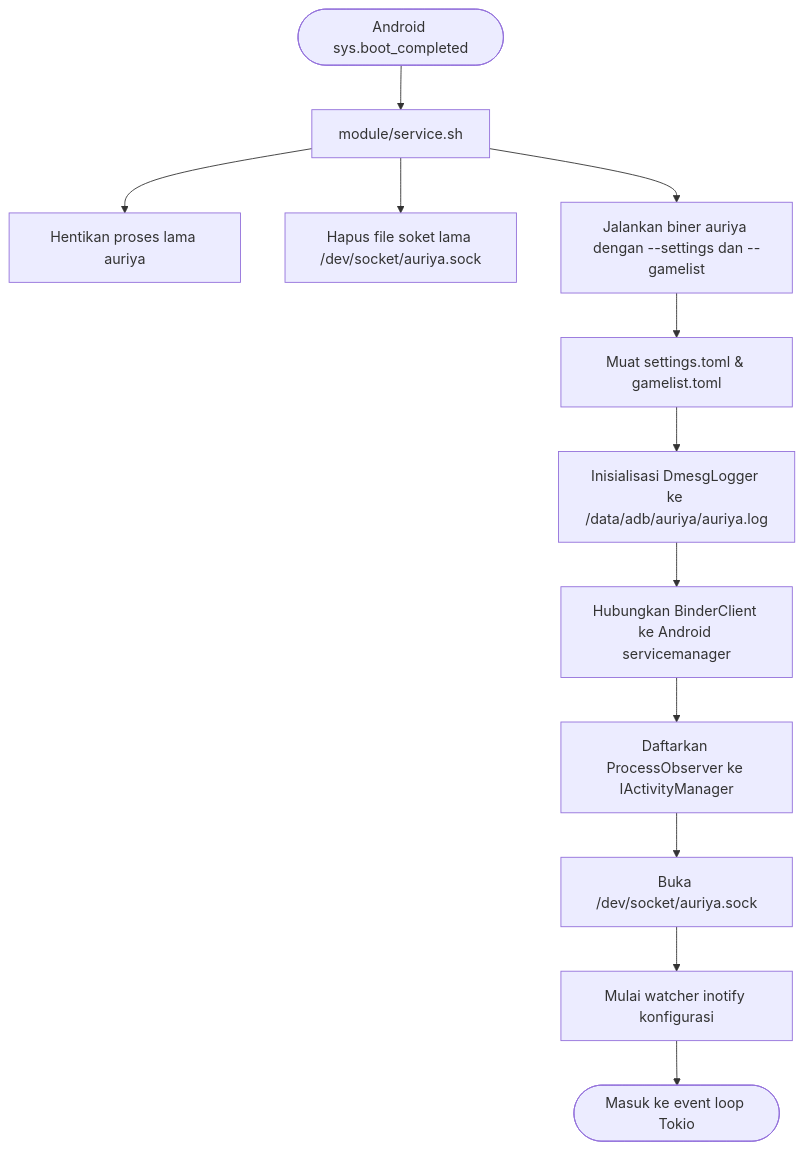
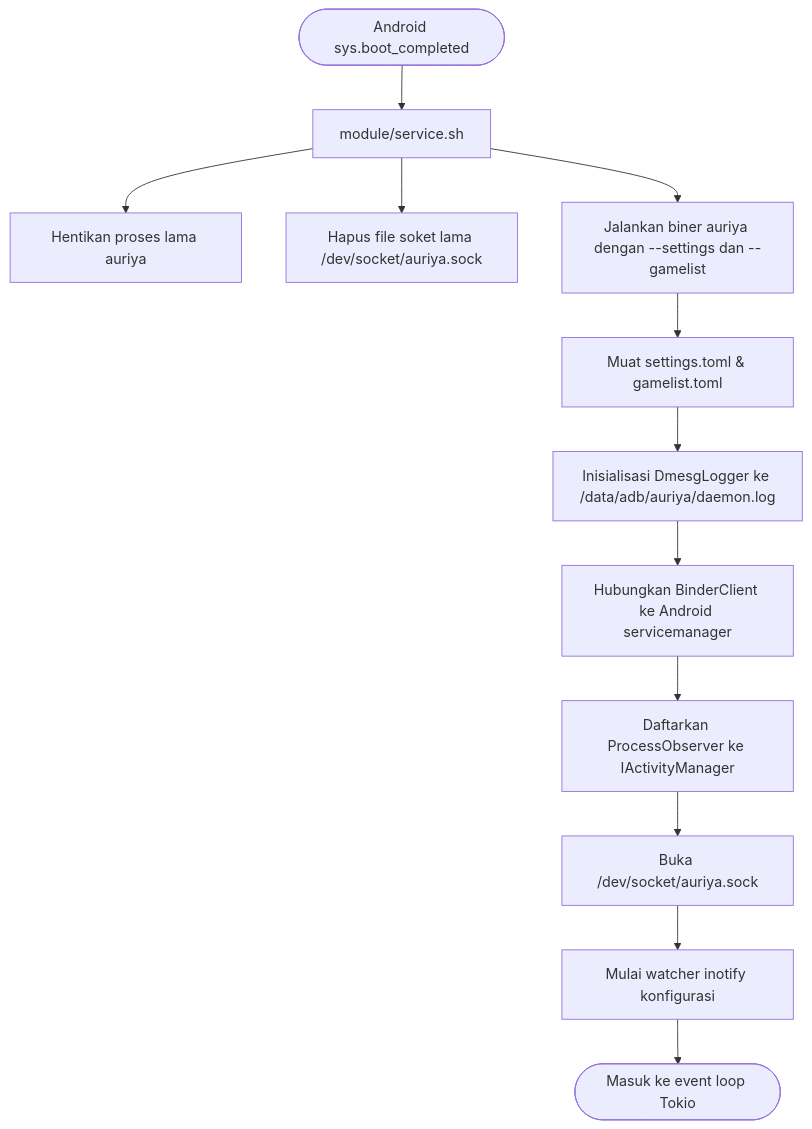
The second of 2 diagrams in src/content/docs/id/architecture/data-flow.md (pavelc4/auriya-wiki), drawn with Mermaid before and after one commit. The commit also changed 23 other files, not shown here.

````diff
--- a/src/content/docs/id/architecture/data-flow.md
+++ b/src/content/docs/id/architecture/data-flow.md
@@ -56,15 +56,15 @@
 ```mermaid
 flowchart TD
     boot([Android sys.boot_completed]) --> svc["module/service.sh"]
     svc --> c1["Hentikan proses lama auriya"]
     svc --> c2["Hapus file soket lama /dev/socket/auriya.sock"]
     svc --> c3["Jalankan biner auriya dengan --settings dan --gamelist"]
 
     c3 --> d1["Muat settings.toml & gamelist.toml"]
-    d1 --> d2["Inisialisasi DmesgLogger ke /data/adb/auriya/auriya.log"]
+    d1 --> d2["Inisialisasi DmesgLogger ke /data/adb/auriya/daemon.log"]
     d2 --> d3["Hubungkan BinderClient ke Android servicemanager"]
     d3 --> d4["Daftarkan ProcessObserver ke IActivityManager"]
     d4 --> d5["Buka /dev/socket/auriya.sock"]
     d5 --> d6["Mulai watcher inotify konfigurasi"]
     d6 --> loop([Masuk ke event loop Tokio])
 ```
````
